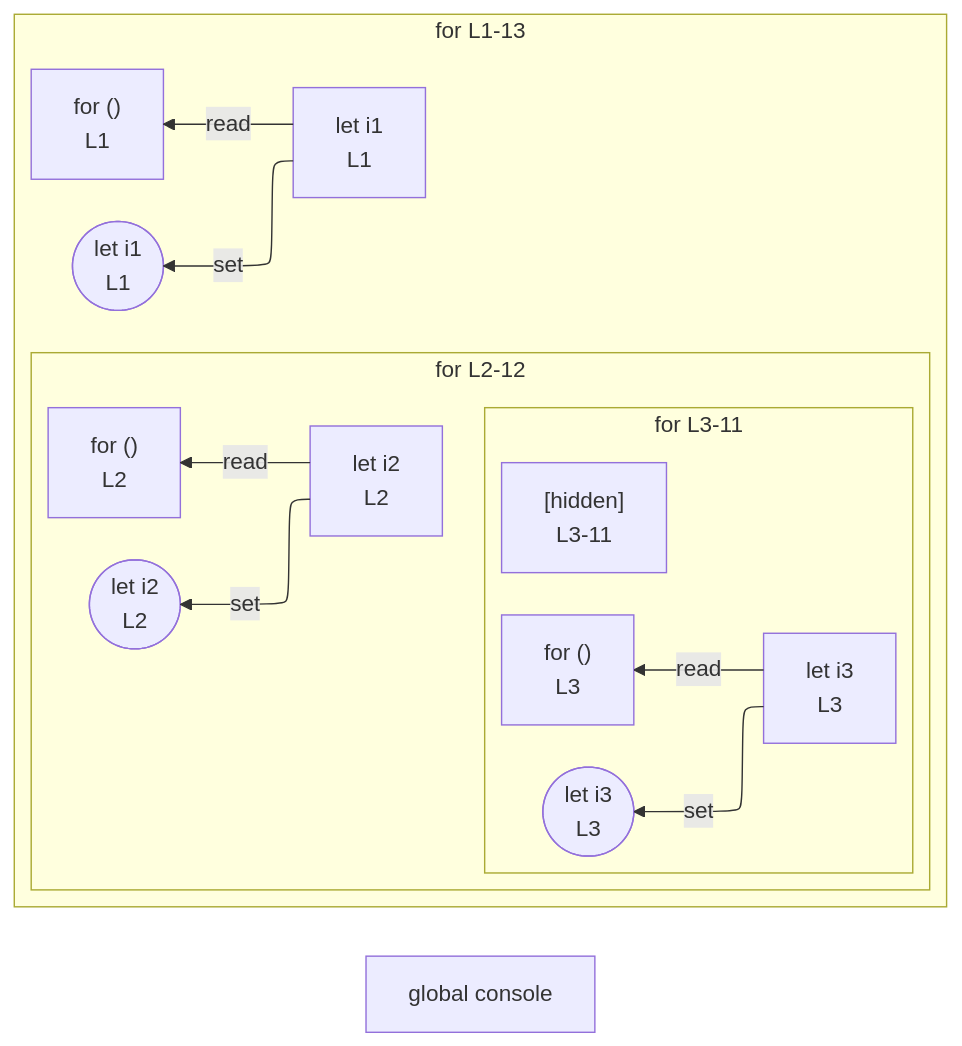
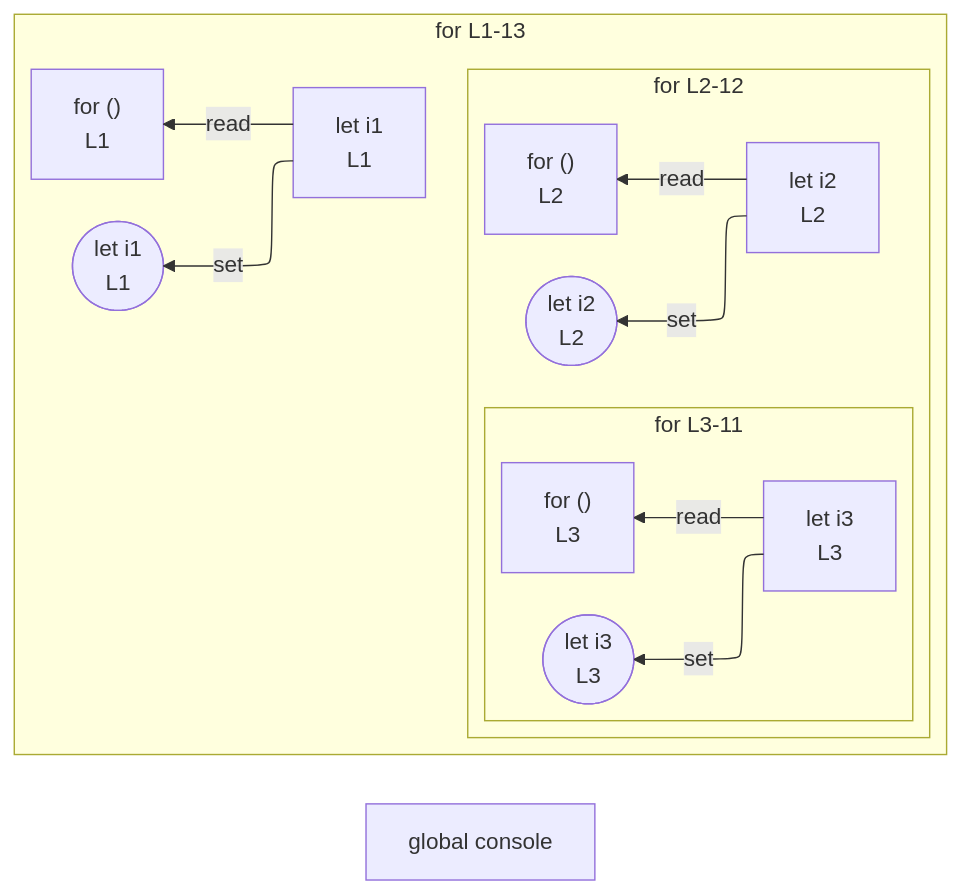
Before and after one commit to crescware/unsnarl: the diagram in integration/fixtures/app-behavior/depth/for/depth-2/preview.md, drawn with Mermaid. The commit also changed 96 other files, not shown here.

````diff
--- a/integration/fixtures/app-behavior/depth/for/depth-2/preview.md
+++ b/integration/fixtures/app-behavior/depth/for/depth-2/preview.md
@@ -23,30 +23,29 @@
 ```mermaid
 %%{init: {"flowchart": {"defaultRenderer": "elk"}}}%%
 flowchart RL
   n_scope_0_console_240["global console"]
   subgraph s_scope_1["for L1-13"]
     direction RL
     for_test_scope_0_0["for ()<br/>L1"]
     n_scope_1_i1_9["let i1<br/>L1"]
     wr_ref_2(["let i1<br/>L1"])
     subgraph s_scope_3["for L2-12"]
       direction RL
       for_test_scope_2_35["for ()<br/>L2"]
       n_scope_3_i2_44["let i2<br/>L2"]
       wr_ref_5(["let i2<br/>L2"])
       subgraph s_scope_5["for L3-11"]
         direction RL
         for_test_scope_4_72["for ()<br/>L3"]
         n_scope_5_i3_81["let i3<br/>L3"]
         wr_ref_8(["let i3<br/>L3"])
-        collapsed_scope_6["[hidden]<br/>L3-11"]
       end
     end
   end
   n_scope_1_i1_9 -->|set| wr_ref_2
   n_scope_3_i2_44 -->|set| wr_ref_5
   n_scope_5_i3_81 -->|set| wr_ref_8
   n_scope_1_i1_9 -->|read| for_test_scope_0_0
   n_scope_3_i2_44 -->|read| for_test_scope_2_35
   n_scope_5_i3_81 -->|read| for_test_scope_4_72
 ```
````
